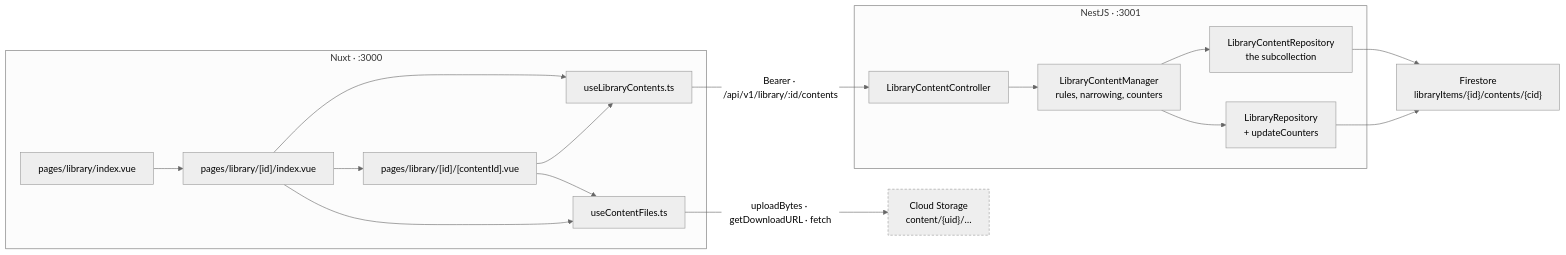
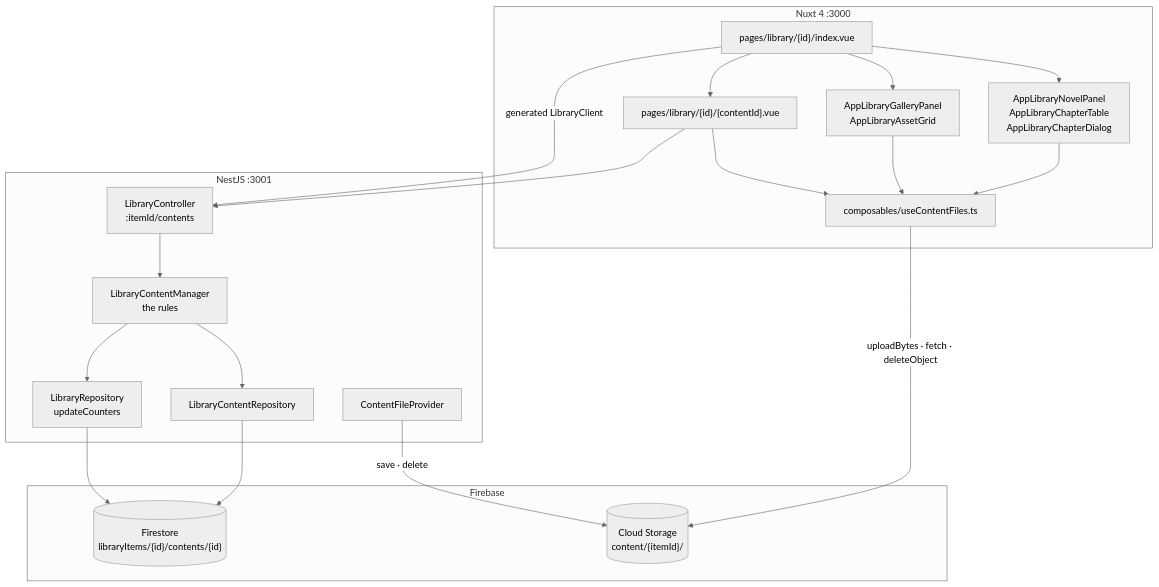
Before and after one commit to datntdev0/projects.media-studio: the first of 2 diagrams in _docs/plan/[library]-part2_detailed_content_management.md, drawn with Mermaid (neutral theme). The commit also changed other lines of this file and 11 other files, not shown here.

````diff
--- a/_docs/plan/[library]-part2_detailed_content_management.md
+++ b/_docs/plan/[library]-part2_detailed_content_management.md
@@ -143,34 +119,37 @@
 ```mermaid
-flowchart LR
-    subgraph fe["Nuxt · :3000"]
-        LIST["pages/library/index.vue"]
-        DETAIL["pages/library/[id]/index.vue"]
-        READER["pages/library/[id]/[contentId].vue"]
-        HOOK["useLibraryContents.ts"]
-        FILES["useContentFiles.ts"]
-        LIST --> DETAIL --> READER
-        DETAIL --> HOOK
-        READER --> HOOK
-        READER --> FILES
-        DETAIL --> FILES
+flowchart TB
+    subgraph fe["Nuxt 4 :3000"]
+        DETAIL["pages/library/{id}/index.vue"]
+        READER["pages/library/{id}/{contentId}.vue"]
+        NOVEL["AppLibraryNovelPanel<br/>AppLibraryChapterTable<br/>AppLibraryChapterDialog"]
+        SET["AppLibraryGalleryPanel<br/>AppLibraryAssetGrid"]
+        FILES["composables/useContentFiles.ts"]
     end
 
-    subgraph be["NestJS · :3001"]
-        CTRL["LibraryContentController"]
-        MGR["LibraryContentManager<br/>rules, narrowing, counters"]
-        CREPO["LibraryContentRepository<br/>the subcollection"]
-        IREPO["LibraryRepository<br/>+ updateCounters"]
-        CTRL --> MGR --> CREPO
-        MGR --> IREPO
+    subgraph be["NestJS :3001"]
+        CTRL["LibraryController<br/>:itemId/contents"]
+        CMGR["LibraryContentManager<br/>the rules"]
+        CREPO["LibraryContentRepository"]
+        IREPO["LibraryRepository<br/>updateCounters"]
+        CFP["ContentFileProvider"]
     end
 
-    FS["Firestore<br/>libraryItems/{id}/contents/{cid}"]
-    ST["Cloud Storage<br/>content/{uid}/…"]
+    subgraph gcp["Firebase"]
+        FS[("Firestore<br/>libraryItems/{id}/contents/{id}")]
+        ST[("Cloud Storage<br/>content/{itemId}/")]
+    end
 
-    HOOK -- "Bearer · /api/v1/library/:id/contents" --> CTRL
-    FILES -- "uploadBytes · getDownloadURL · fetch" --> ST
-    CREPO --> FS
-    IREPO --> FS
-
-    style ST stroke-dasharray: 4 3
+    DETAIL --> NOVEL
+    DETAIL --> SET
+    DETAIL --> READER
+    NOVEL --> FILES
+    SET --> FILES
+    READER --> FILES
+    FILES -- "uploadBytes · fetch · deleteObject" --> ST
+    DETAIL -- "generated LibraryClient" --> CTRL
+    READER --> CTRL
+    CTRL --> CMGR
+    CMGR --> CREPO --> FS
+    CMGR --> IREPO --> FS
+    CFP -- "save · delete" --> ST
 ```
````
